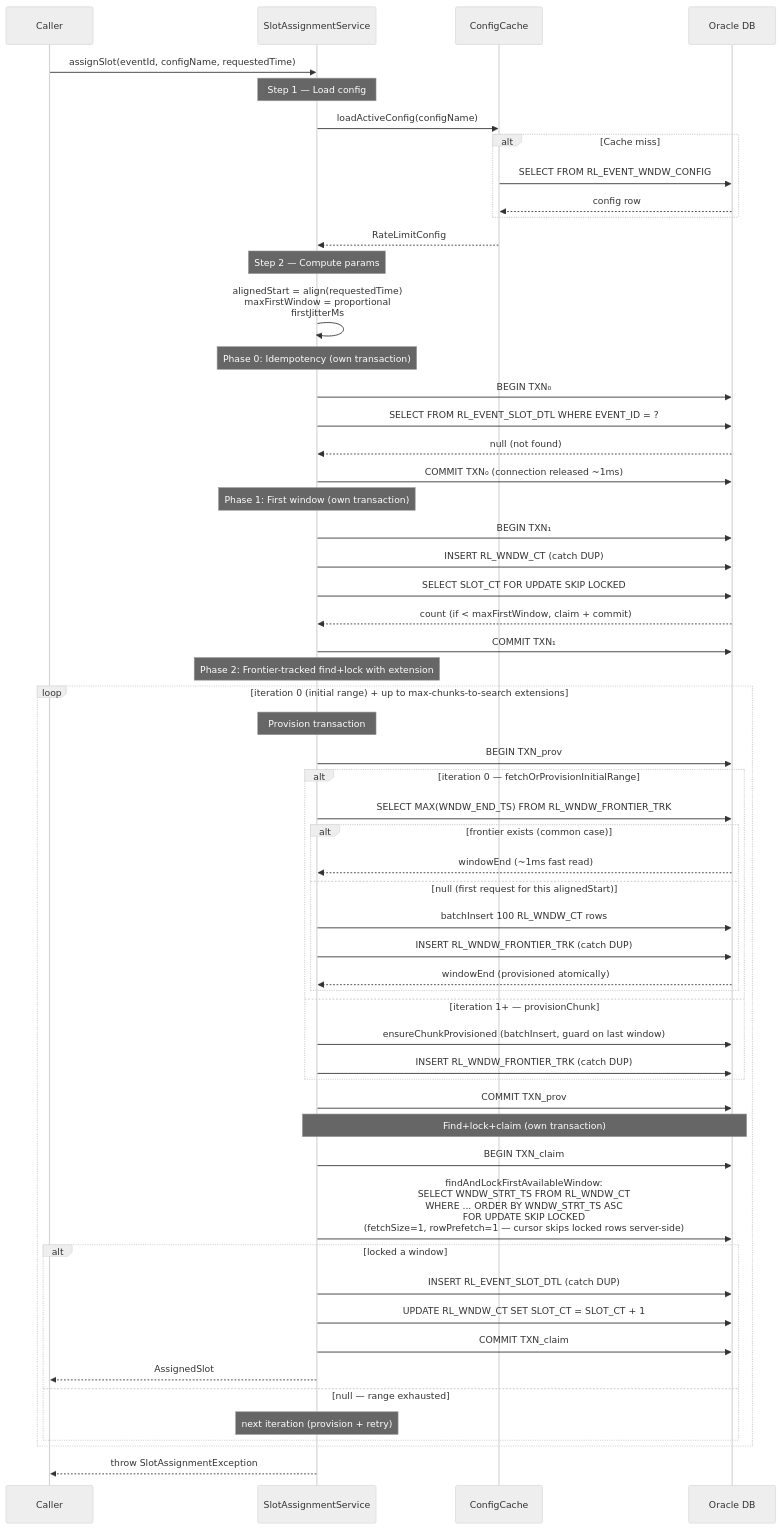
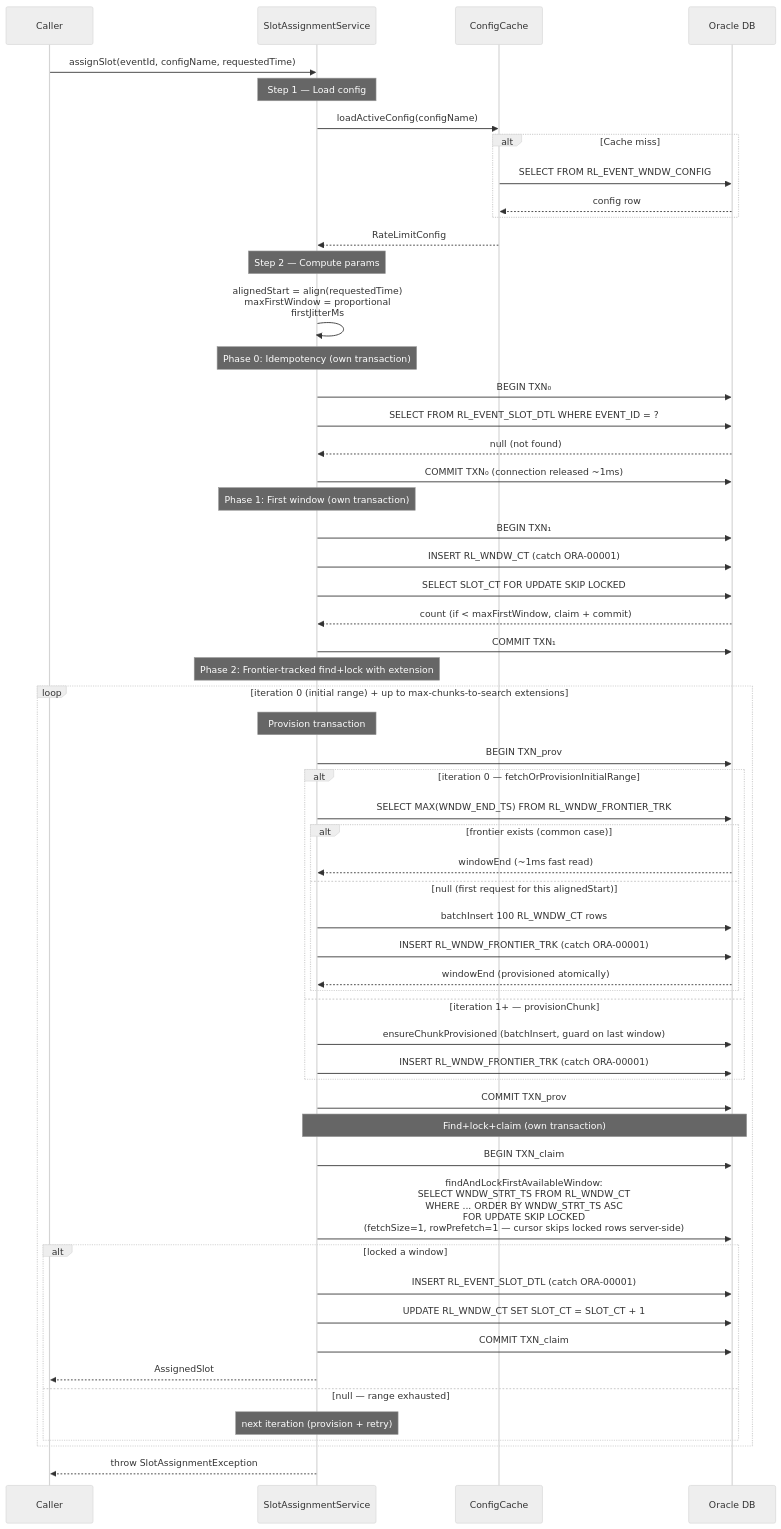
One commit to arunav-bhattacharya/rate-limiter changed the first of 2 diagrams in README.md. Above: the diagram before and after it, drawn with Mermaid (neutral theme). The commit also changed other lines of this file, not shown here.

````diff
--- a/README.md
+++ b/README.md
@@ -360,66 +361,66 @@
 ```mermaid
 sequenceDiagram
     participant Caller
     participant SAS as SlotAssignmentService
     participant Cache as ConfigCache
     participant DB as Oracle DB
 
     Caller->>SAS: assignSlot(eventId, configName, requestedTime)
 
     Note over SAS: Step 1 — Load config
     SAS->>Cache: loadActiveConfig(configName)
     alt Cache miss
         Cache->>DB: SELECT FROM RL_EVENT_WNDW_CONFIG
         DB-->>Cache: config row
     end
     Cache-->>SAS: RateLimitConfig
 
     Note over SAS: Step 2 — Compute params
     SAS->>SAS: alignedStart = align(requestedTime)<br/>maxFirstWindow = proportional<br/>firstJitterMs
 
     Note over SAS: Phase 0: Idempotency (own transaction)
     SAS->>DB: BEGIN TXN₀
     SAS->>DB: SELECT FROM RL_EVENT_SLOT_DTL WHERE EVENT_ID = ?
     DB-->>SAS: null (not found)
     SAS->>DB: COMMIT TXN₀ (connection released ~1ms)
 
     Note over SAS: Phase 1: First window (own transaction)
     SAS->>DB: BEGIN TXN₁
-    SAS->>DB: INSERT RL_WNDW_CT (catch DUP)
+    SAS->>DB: INSERT RL_WNDW_CT (catch ORA-00001)
     SAS->>DB: SELECT SLOT_CT FOR UPDATE SKIP LOCKED
     DB-->>SAS: count (if < maxFirstWindow, claim + commit)
     SAS->>DB: COMMIT TXN₁
 
     Note over SAS: Phase 2: Frontier-tracked find+lock with extension
     loop iteration 0 (initial range) + up to max-chunks-to-search extensions
         Note over SAS: Provision transaction
         SAS->>DB: BEGIN TXN_prov
         alt iteration 0 — fetchOrProvisionInitialRange
             SAS->>DB: SELECT MAX(WNDW_END_TS) FROM RL_WNDW_FRONTIER_TRK
             alt frontier exists (common case)
                 DB-->>SAS: windowEnd (~1ms fast read)
             else null (first request for this alignedStart)
                 SAS->>DB: batchInsert 100 RL_WNDW_CT rows
-                SAS->>DB: INSERT RL_WNDW_FRONTIER_TRK (catch DUP)
+                SAS->>DB: INSERT RL_WNDW_FRONTIER_TRK (catch ORA-00001)
                 DB-->>SAS: windowEnd (provisioned atomically)
             end
         else iteration 1+ — provisionChunk
             SAS->>DB: ensureChunkProvisioned (batchInsert, guard on last window)
-            SAS->>DB: INSERT RL_WNDW_FRONTIER_TRK (catch DUP)
+            SAS->>DB: INSERT RL_WNDW_FRONTIER_TRK (catch ORA-00001)
         end
         SAS->>DB: COMMIT TXN_prov
 
         Note over SAS,DB: Find+lock+claim (own transaction)
         SAS->>DB: BEGIN TXN_claim
         SAS->>DB: findAndLockFirstAvailableWindow:<br/>SELECT WNDW_STRT_TS FROM RL_WNDW_CT<br/>WHERE ... ORDER BY WNDW_STRT_TS ASC<br/>FOR UPDATE SKIP LOCKED<br/>(fetchSize=1, rowPrefetch=1 — cursor skips locked rows server-side)
         alt locked a window
-            SAS->>DB: INSERT RL_EVENT_SLOT_DTL (catch DUP)
+            SAS->>DB: INSERT RL_EVENT_SLOT_DTL (catch ORA-00001)
             SAS->>DB: UPDATE RL_WNDW_CT SET SLOT_CT = SLOT_CT + 1
             SAS->>DB: COMMIT TXN_claim
             SAS-->>Caller: AssignedSlot
         else null — range exhausted
             Note over SAS: next iteration (provision + retry)
         end
     end
     SAS-->>Caller: throw SlotAssignmentException
 ```
````
